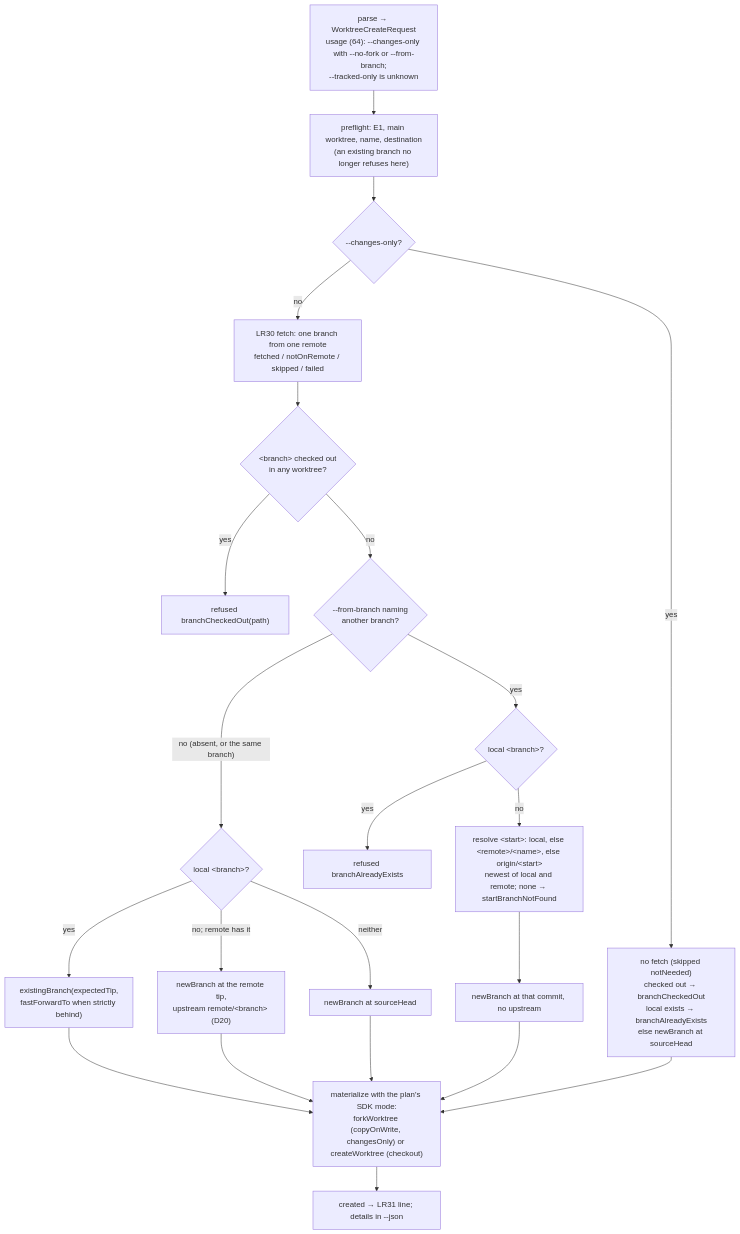
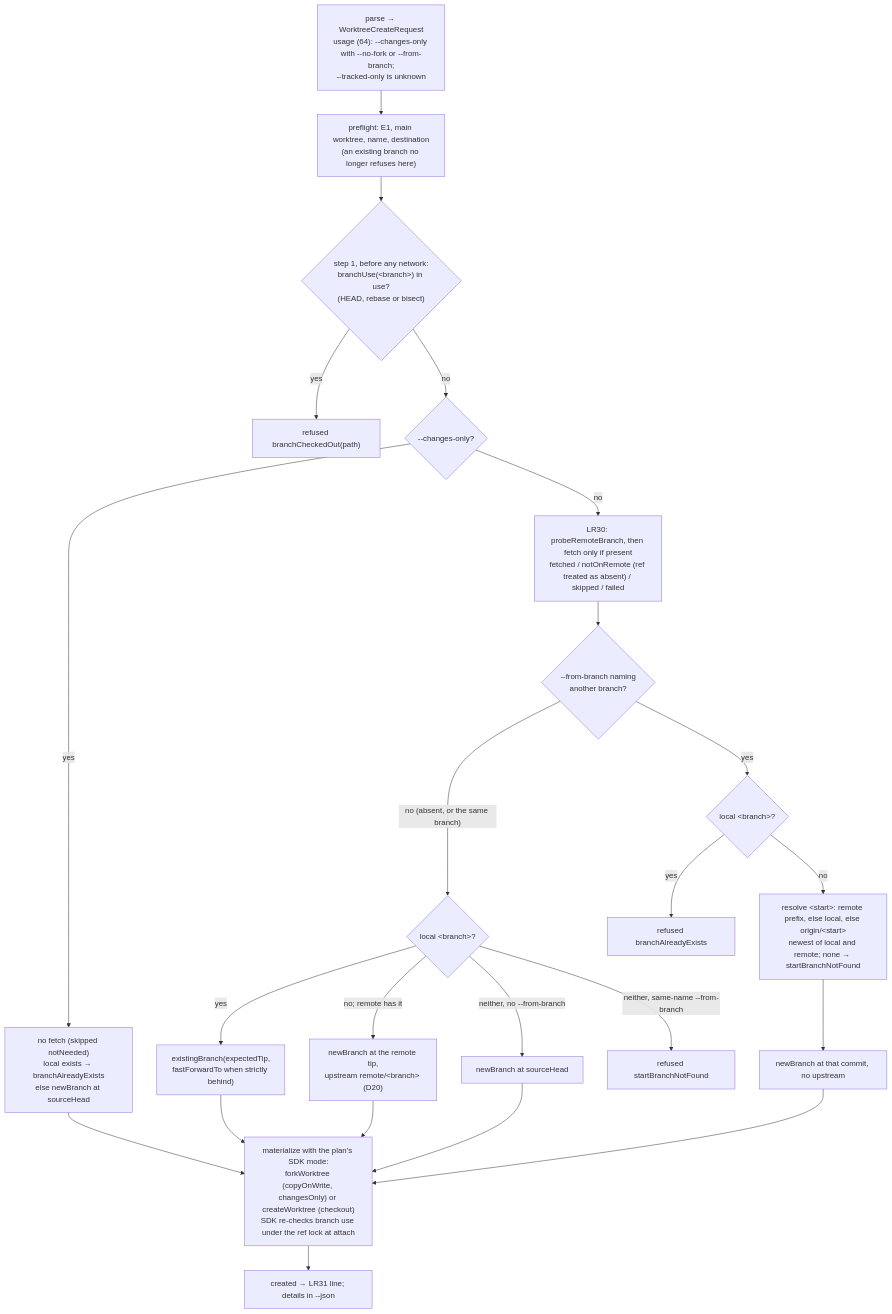
The ninth of 10 diagrams in docs/specs/2026-09-30-worktree-lifecycle/2026-09-30-worktree-lifecycle-program-design.md (getagentstudio/agentstudio), drawn with Mermaid before and after one commit. The commit also changed other lines of this file and 2 other files, not shown here.

````diff
--- a/docs/specs/2026-09-30-worktree-lifecycle/2026-09-30-worktree-lifecycle-program-design.md
+++ b/docs/specs/2026-09-30-worktree-lifecycle/2026-09-30-worktree-lifecycle-program-design.md
@@ -704,20 +731,21 @@
 ```mermaid
 flowchart TB
   A["parse → WorktreeCreateRequest<br/>usage (64): --changes-only with --no-fork or --from-branch;<br/>--tracked-only is unknown"] --> B["preflight: E1, main worktree, name, destination<br/>(an existing branch no longer refuses here)"]
-  B --> C{"--changes-only?"}
-  C -->|yes| CO["no fetch (skipped notNeeded)<br/>checked out → branchCheckedOut<br/>local exists → branchAlreadyExists<br/>else newBranch at sourceHead"]
-  C -->|no| F["LR30 fetch: one branch from one remote<br/>fetched / notOnRemote / skipped / failed"]
-  F --> K{"&lt;branch&gt; checked out<br/>in any worktree?"}
+  B --> K{"step 1, before any network:<br/>branchUse(&lt;branch&gt;) in use?<br/>(HEAD, rebase or bisect)"}
   K -->|yes| R1["refused branchCheckedOut(path)"]
-  K -->|no| S{"--from-branch naming<br/>another branch?"}
+  K -->|no| C{"--changes-only?"}
+  C -->|yes| CO["no fetch (skipped notNeeded)<br/>local exists → branchAlreadyExists<br/>else newBranch at sourceHead"]
+  C -->|no| F["LR30: probeRemoteBranch, then fetch only if present<br/>fetched / notOnRemote (ref treated as absent) / skipped / failed"]
+  F --> S{"--from-branch naming<br/>another branch?"}
   S -->|"no (absent, or the same branch)"| L{"local &lt;branch&gt;?"}
   L -->|yes| X["existingBranch(expectedTip,<br/>fastForwardTo when strictly behind)"]
   L -->|"no; remote has it"| Y["newBranch at the remote tip,<br/>upstream remote/&lt;branch&gt; (D20)"]
-  L -->|neither| Z["newBranch at sourceHead"]
+  L -->|"neither, no --from-branch"| Z["newBranch at sourceHead"]
+  L -->|"neither, same-name --from-branch"| R3["refused startBranchNotFound"]
   S -->|yes| E{"local &lt;branch&gt;?"}
   E -->|yes| R2["refused branchAlreadyExists"]
-  E -->|no| T2["resolve &lt;start&gt;: local, else &lt;remote&gt;/&lt;name&gt;, else origin/&lt;start&gt;<br/>newest of local and remote; none → startBranchNotFound"]
+  E -->|no| T2["resolve &lt;start&gt;: remote prefix, else local, else origin/&lt;start&gt;<br/>newest of local and remote; none → startBranchNotFound"]
   T2 --> N["newBranch at that commit, no upstream"]
-  X & Y & Z & N & CO --> M["materialize with the plan's SDK mode:<br/>forkWorktree (copyOnWrite, changesOnly) or createWorktree (checkout)"]
+  X & Y & Z & N & CO --> M["materialize with the plan's SDK mode:<br/>forkWorktree (copyOnWrite, changesOnly) or createWorktree (checkout)<br/>SDK re-checks branch use under the ref lock at attach"]
   M --> O["created → LR31 line; details in --json"]
 ```
````
